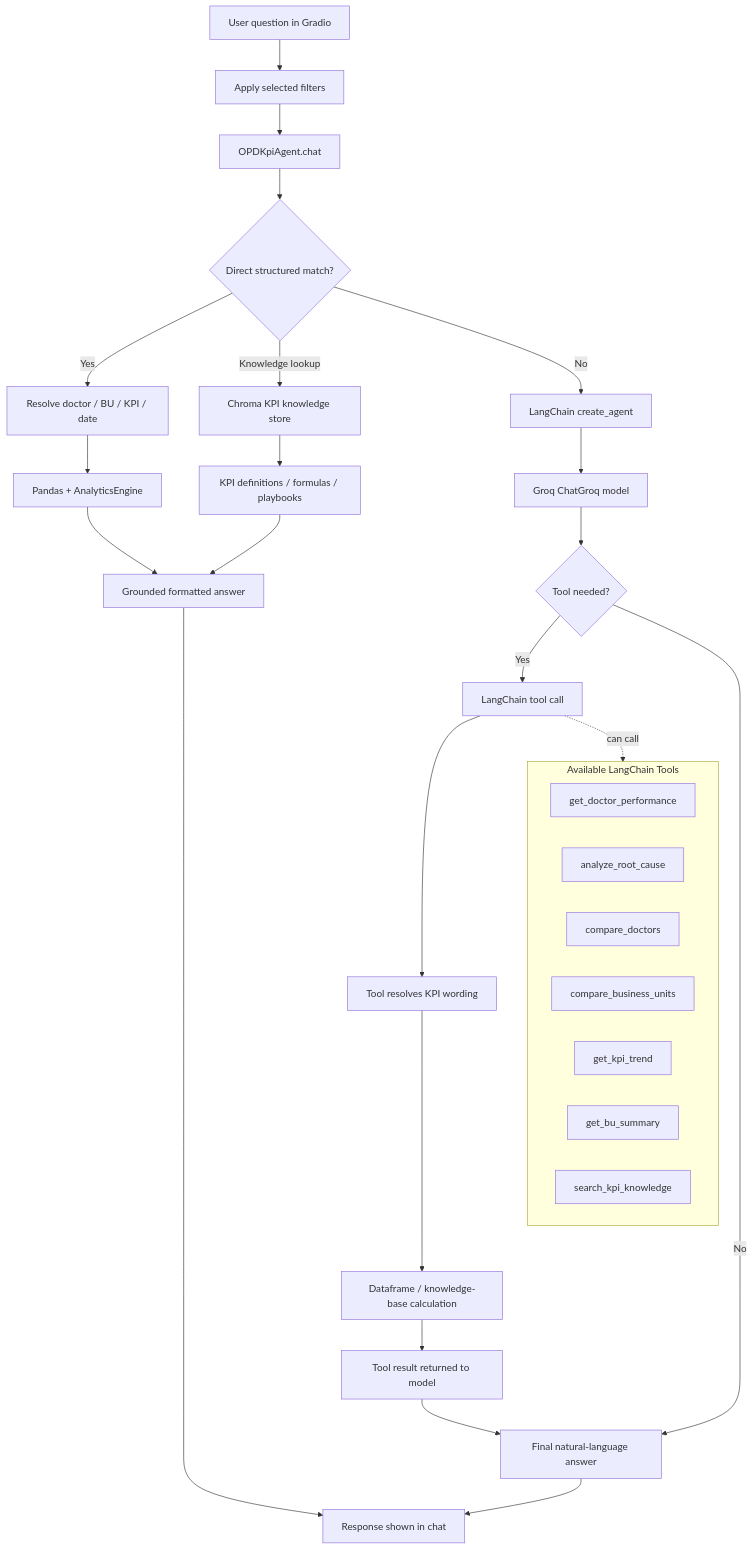
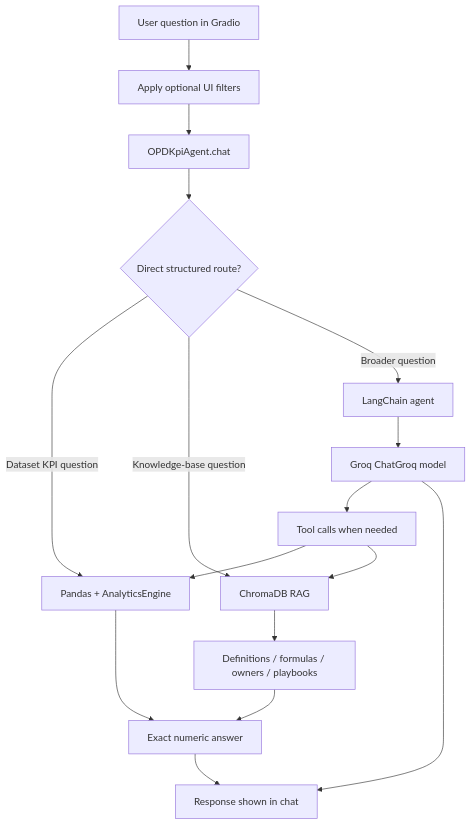
One commit to nouran25/opd-kpi-agent changed the diagram in README.md. Above: the diagram before and after it, drawn with Mermaid. The commit also changed other lines of this file, not shown here.

````diff
--- a/README.md
+++ b/README.md
@@ -316,39 +113,22 @@
 ```mermaid
 flowchart TD
-    A["User question in Gradio"] --> B["Apply selected filters"]
+    A["User question in Gradio"] --> B["Apply optional UI filters"]
     B --> C["OPDKpiAgent.chat"]
-    C --> D{"Direct structured match?"}
+    C --> D{"Direct structured route?"}
 
-    D -->|Yes| E["Resolve doctor / BU / KPI / date"]
-    E --> F["Pandas + AnalyticsEngine"]
-    F --> G["Grounded formatted answer"]
+    D -->|Dataset KPI question| E["Pandas + AnalyticsEngine"]
+    E --> F["Exact numeric answer"]
 
-    D -->|Knowledge lookup| Q["Chroma KPI knowledge store"]
-    Q --> R["KPI definitions / formulas / playbooks"]
-    R --> G
+    D -->|Knowledge-base question| G["ChromaDB RAG"]
+    G --> H["Definitions / formulas / owners / playbooks"]
+    H --> F
 
-    D -->|No| H["LangChain create_agent"]
-    H --> I["Groq ChatGroq model"]
-    I --> J{"Tool needed?"}
-    J -->|Yes| K["LangChain tool call"]
-    K --> L["Tool resolves KPI wording"]
-    L --> M["Dataframe / knowledge-base calculation"]
-    M --> N["Tool result returned to model"]
-    N --> O["Final natural-language answer"]
+    D -->|Broader question| I["LangChain agent"]
+    I --> J["Groq ChatGroq model"]
+    J --> K["Tool calls when needed"]
+    K --> E
+    K --> G
 
-    J -->|No| O
-    G --> P["Response shown in chat"]
-    O --> P
-
-    subgraph Tools["Available LangChain Tools"]
-      T1["get_doctor_performance"]
-      T2["analyze_root_cause"]
-      T3["compare_doctors"]
-      T4["compare_business_units"]
-      T5["get_kpi_trend"]
-      T6["get_bu_summary"]
-      T7["search_kpi_knowledge"]
-    end
-
-    K -. can call .-> Tools
+    F --> L["Response shown in chat"]
+    J --> L
 ```
````
